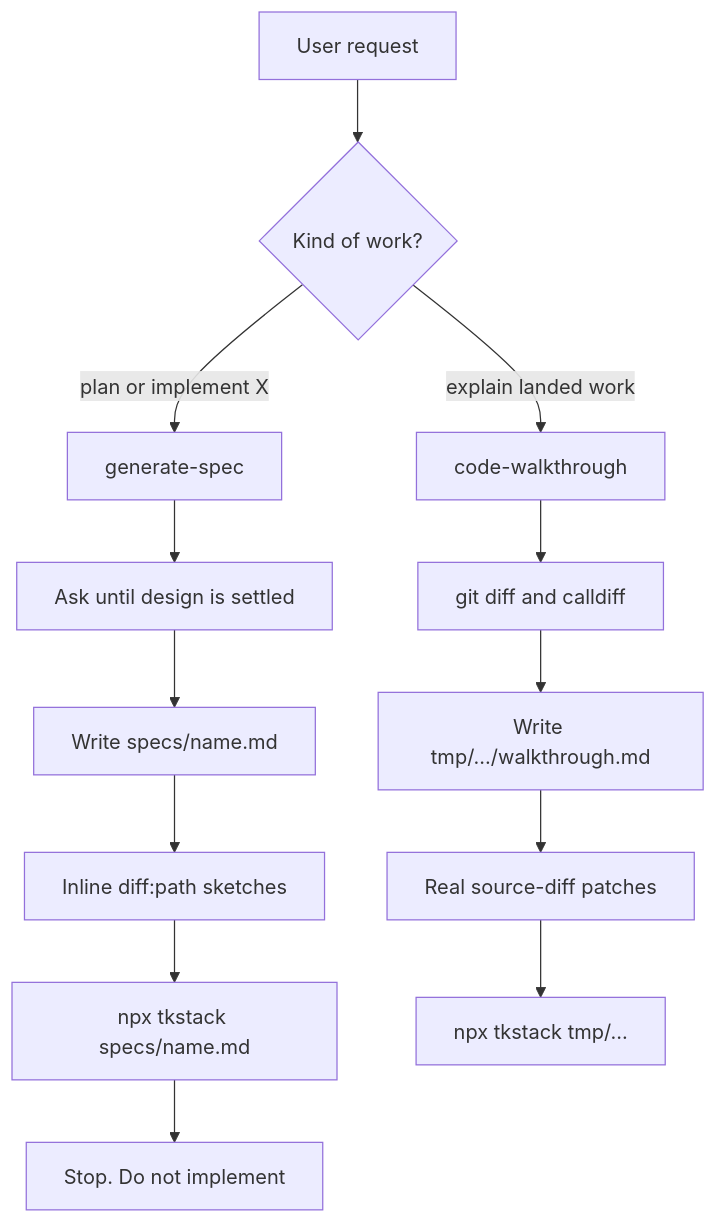
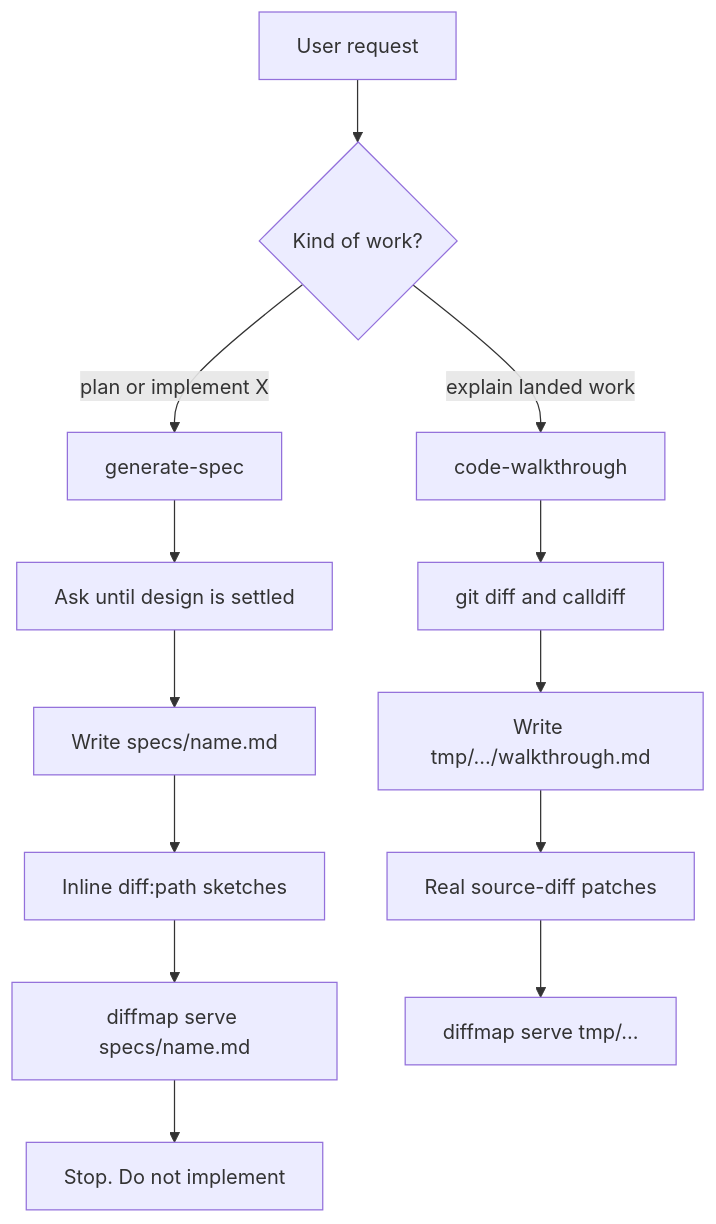
Before and after one commit to tanishqkancharla/diffmap: the first of 4 diagrams in specs/merge-generate-spec-walkthrough.md, drawn with Mermaid. The commit also changed other lines of this file, not shown here.

First line of the commit message:
Align merge spec with diffmap rename

````diff
--- a/specs/merge-generate-spec-walkthrough.md
+++ b/specs/merge-generate-spec-walkthrough.md
@@ -9,19 +11,19 @@
 ```mermaid
 flowchart TD
   Request[User request] --> Kind{Kind of work?}
   Kind -->|plan or implement X| SpecSkill[generate-spec]
   Kind -->|explain landed work| WalkSkill[code-walkthrough]
   SpecSkill --> QA[Ask until design is settled]
   QA --> SpecFile["Write specs/name.md"]
   SpecFile --> Sketches[Inline diff:path sketches]
-  Sketches --> ServeSpec["npx tkstack specs/name.md"]
+  Sketches --> ServeSpec["diffmap serve specs/name.md"]
   ServeSpec --> StopSpec[Stop. Do not implement]
   WalkSkill --> Research[git diff and calldiff]
   Research --> TmpFile["Write tmp/.../walkthrough.md"]
   TmpFile --> SourceDiffs[Real source-diff patches]
-  SourceDiffs --> ServeWalk["npx tkstack tmp/..."]
+  SourceDiffs --> ServeWalk["diffmap serve tmp/..."]
   %% ref node:SpecSkill [[skills/generate-spec/SKILL.md]]
   %% ref node:WalkSkill [[skills/code-walkthrough/SKILL.md]]
   %% ref node:ServeSpec [[src/cli.ts]]
   %% ref node:ServeWalk [[src/cli.ts]]
 ```
````
